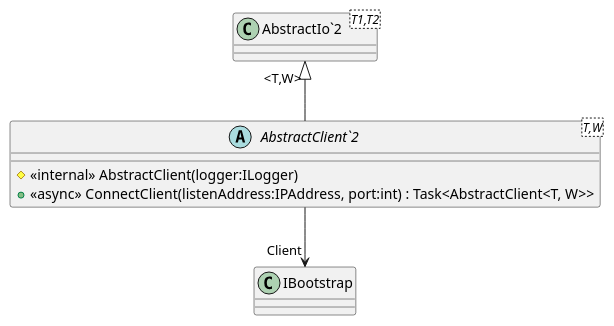
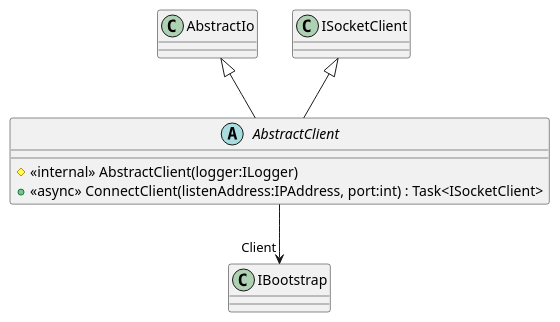
One commit to catalyst-network/Catalyst changed the diagram in Documentation/UML/Catalyst.Node.Common/Helpers/IO/Outbound/AbstractClient.puml. Above: the diagram before and after it, drawn with PlantUML. The commit also changed 20 other files, not shown here.

```diff
--- a/Documentation/UML/Catalyst.Node.Common/Helpers/IO/Outbound/AbstractClient.puml
+++ b/Documentation/UML/Catalyst.Node.Common/Helpers/IO/Outbound/AbstractClient.puml
@@ -1,10 +1,9 @@
 @startuml
-abstract class "AbstractClient`2"<T,W> {
+abstract class AbstractClient {
     # <<internal>> AbstractClient(logger:ILogger)
-    + <<async>> ConnectClient(listenAddress:IPAddress, port:int) : Task<AbstractClient<T, W>>
+    + <<async>> ConnectClient(listenAddress:IPAddress, port:int) : Task<ISocketClient>
 }
-class "AbstractIo`2"<T1,T2> {
-}
-"AbstractIo`2" "<T,W>" <|-- "AbstractClient`2"
-"AbstractClient`2" --> "Client" IBootstrap
+AbstractIo <|-- AbstractClient
+ISocketClient <|-- AbstractClient
+AbstractClient --> "Client" IBootstrap
 @enduml
```
